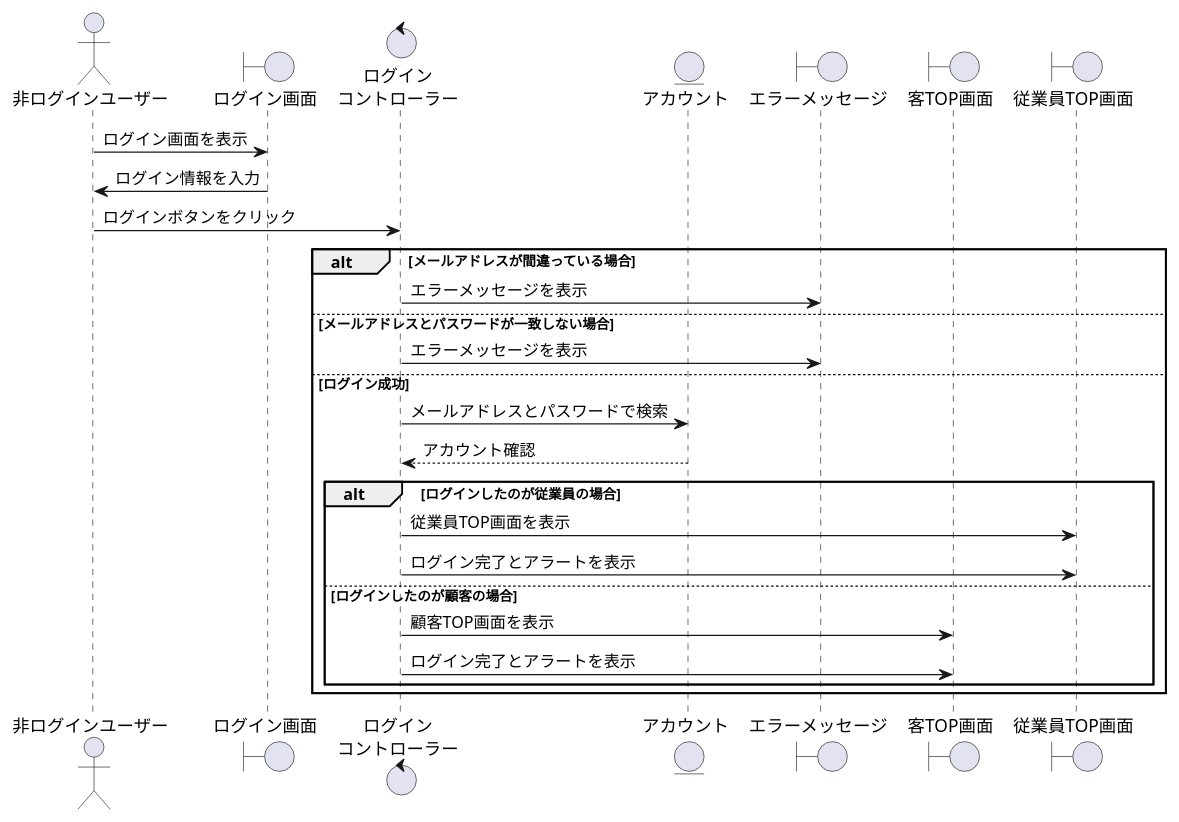
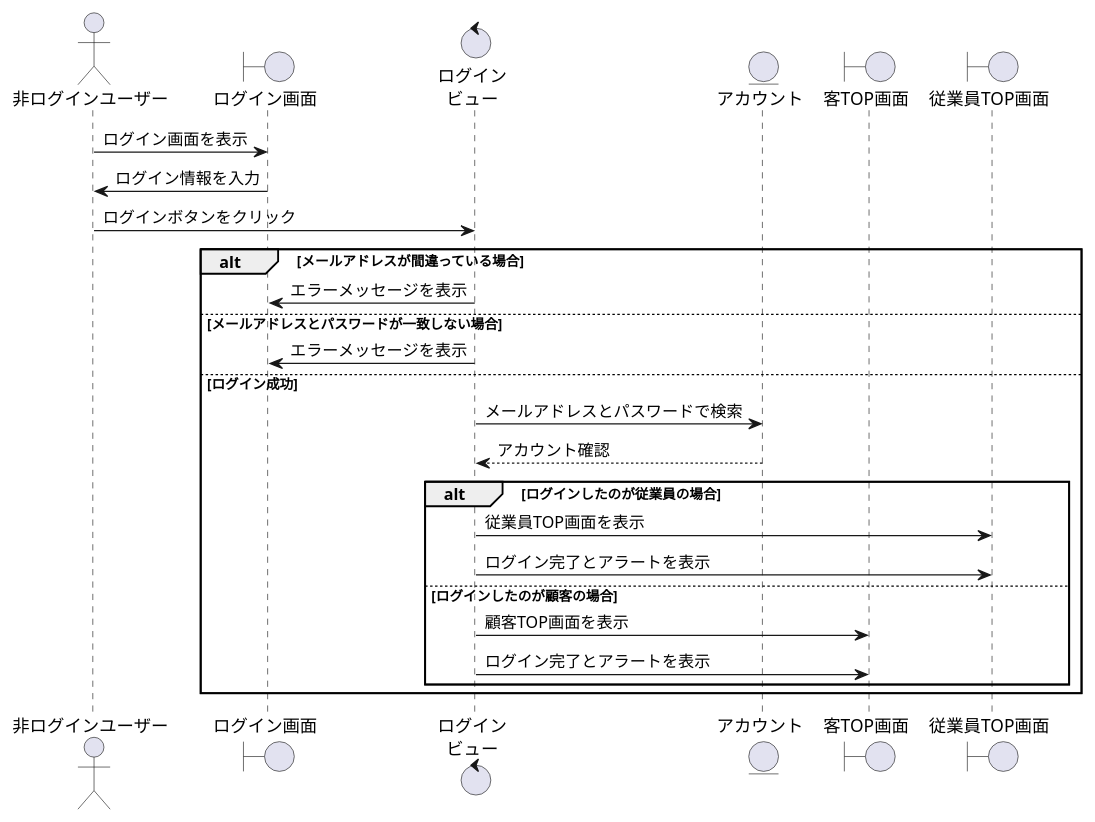
The diagram in BBショップ/ログイン.wsd (ysyk-wtnb16/team_D), drawn with PlantUML before and after one commit. The commit also changed 1 other file, not shown here.

```diff
--- a/BBショップ/ログイン.wsd
+++ b/BBショップ/ログイン.wsd
@@ -1,33 +1,32 @@
 @startuml login
 actor "非ログインユーザー" as nonlogin
 boundary "ログイン画面" as log
-control "ログイン\nコントローラー" as logc
+control "ログイン\nビュー" as logv
 entity "アカウント" as account
-boundary "エラーメッセージ" as error
-boundary "客TOP画面" as cust_top
-boundary "従業員TOP画面" as emp_top
+boundary "客TOP画面" as kyaku_top
+boundary "従業員TOP画面" as juugyouin_top
  
 nonlogin -> log: ログイン画面を表示
 
 nonlogin <- log: ログイン情報を入力
 
-nonlogin -> logc: ログインボタンをクリック
+nonlogin -> logv: ログインボタンをクリック
  
  
 alt メールアドレスが間違っている場合
-    logc -> error: エラーメッセージを表示
+    logv -> log: エラーメッセージを表示
 else メールアドレスとパスワードが一致しない場合
-    logc -> error: エラーメッセージを表示
+    logv -> log: エラーメッセージを表示
 else ログイン成功
 
-    logc -> account: メールアドレスとパスワードで検索
-    account --> logc: アカウント確認
+    logv -> account: メールアドレスとパスワードで検索
+    account --> logv: アカウント確認
     alt ログインしたのが従業員の場合
-        logc -> emp_top: 従業員TOP画面を表示
-        logc -> emp_top:ログイン完了とアラートを表示
+        logv -> juugyouin_top: 従業員TOP画面を表示
+        logv -> juugyouin_top:ログイン完了とアラートを表示
     else ログインしたのが顧客の場合
-        logc -> cust_top: 顧客TOP画面を表示
-        logc -> cust_top:ログイン完了とアラートを表示
+        logv -> kyaku_top: 顧客TOP画面を表示
+        logv -> kyaku_top:ログイン完了とアラートを表示
     end
 end
 @enduml
```
